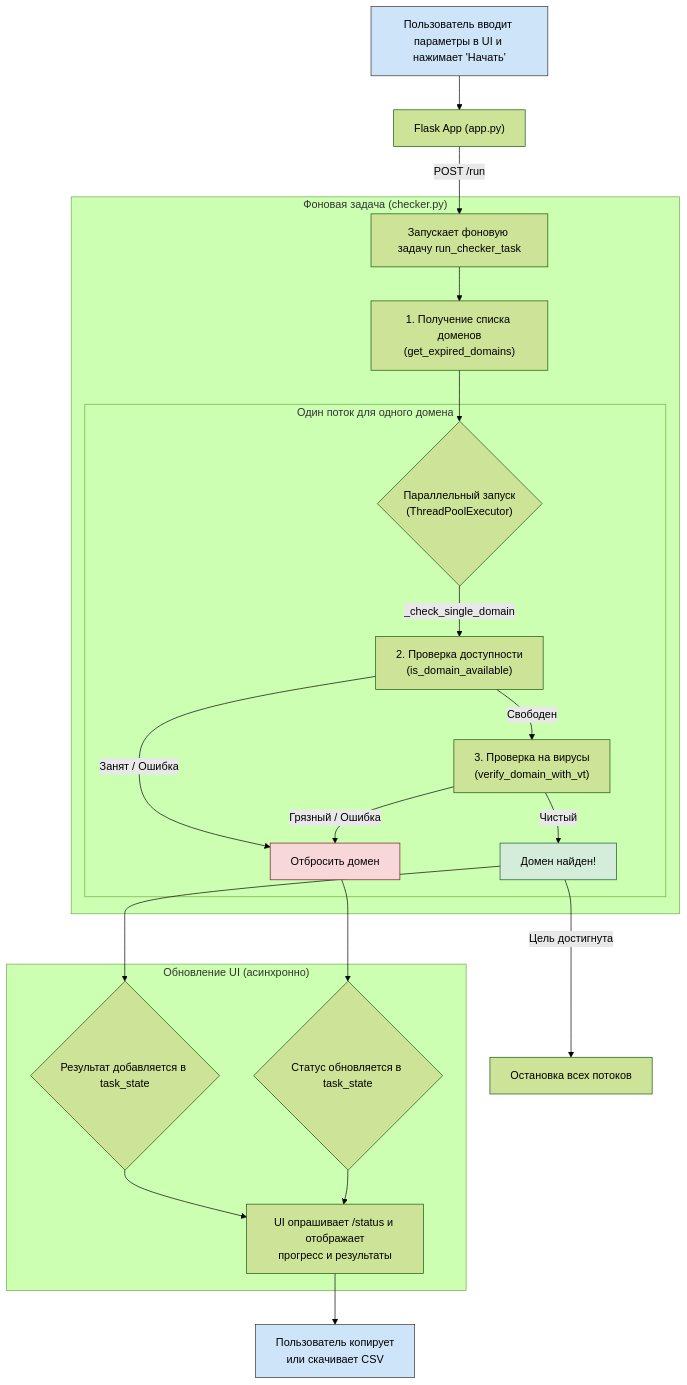
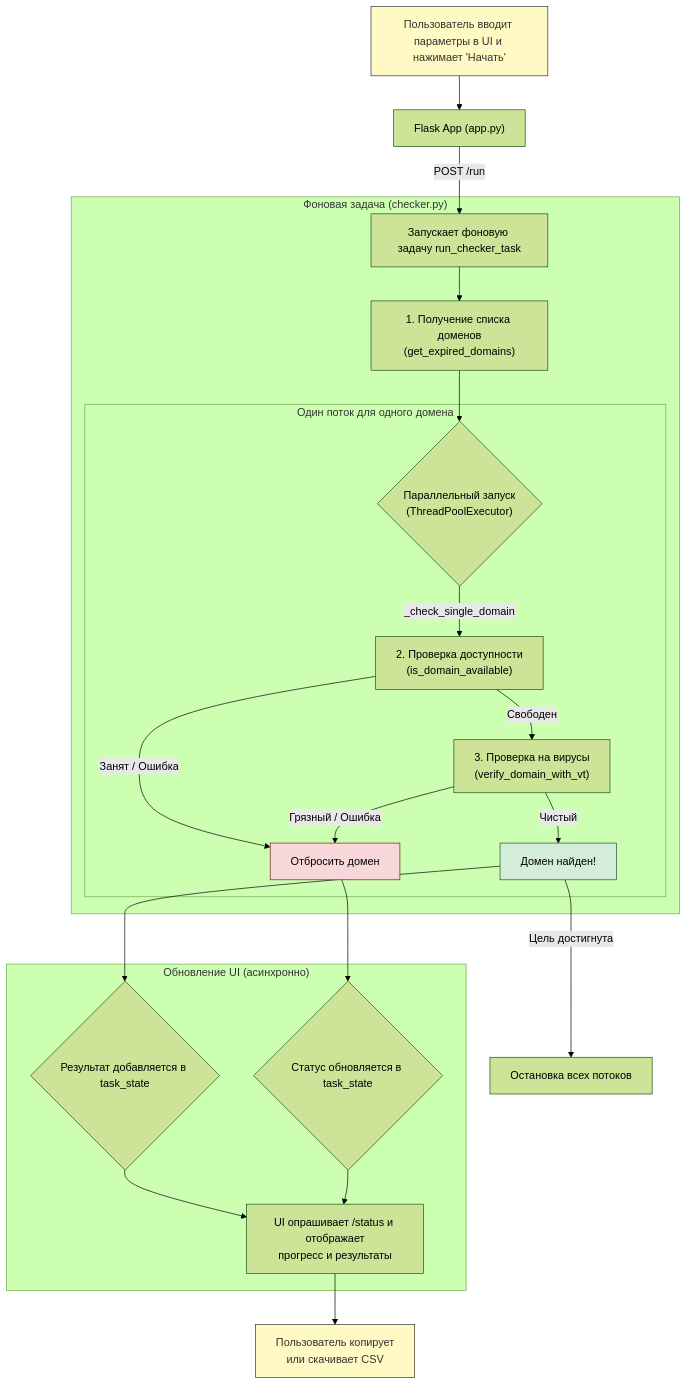
One commit to wov27/domain_cheker changed the diagram in README.md. Above: the diagram before and after it, drawn with Mermaid (forest theme). The commit also changed other lines of this file, not shown here.

Commit message:
docs: Улучшена читаемость схемы

````diff
--- a/README.md
+++ b/README.md
@@ -106,32 +106,32 @@
 ```mermaid
 graph TD
     A["Пользователь вводит параметры в UI и нажимает 'Начать'"] --> B["Flask App (app.py)"];
     B -- "POST /run" --> C["Запускает фоновую задачу run_checker_task"];
     
     subgraph "Фоновая задача (checker.py)"
         C --> D["1. Получение списка доменов<br/>(get_expired_domains)"];
         D --> E{"Параллельный запуск<br/>(ThreadPoolExecutor)"};
         
         subgraph "Один поток для одного домена"
             E --"_check_single_domain"--> F["2. Проверка доступности<br/>(is_domain_available)"];
             F -- "Свободен" --> G["3. Проверка на вирусы<br/>(verify_domain_with_vt)"];
             F -- "Занят / Ошибка" --> H["Отбросить домен"];
             G -- "Чистый" --> I["Домен найден!"];
             G -- "Грязный / Ошибка" --> H;
         end
     end
 
     subgraph "Обновление UI (асинхронно)"
         I --> J{Результат добавляется в task_state};
         H --> K{Статус обновляется в task_state};
         J & K --> L["UI опрашивает /status и отображает<br/>прогресс и результаты"];
     end
 
     I -- "Цель достигнута" --> M["Остановка всех потоков"];
     L --> N["Пользователь копирует<br/>или скачивает CSV"];
 
-    style A fill:#cde4f9,stroke:#333
-    style N fill:#cde4f9,stroke:#333
+    style A fill:#fff9c4,stroke:#333,color:#333
+    style N fill:#fff9c4,stroke:#333,color:#333
     style I fill:#d4edda,stroke:#155724
     style H fill:#f8d7da,stroke:#721c24
 ```
````
